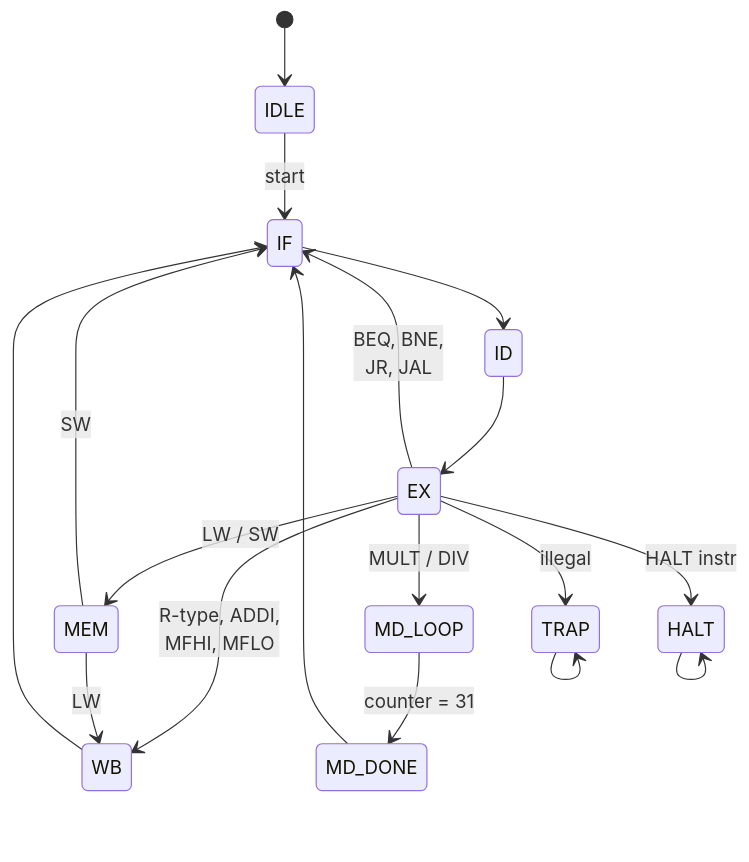
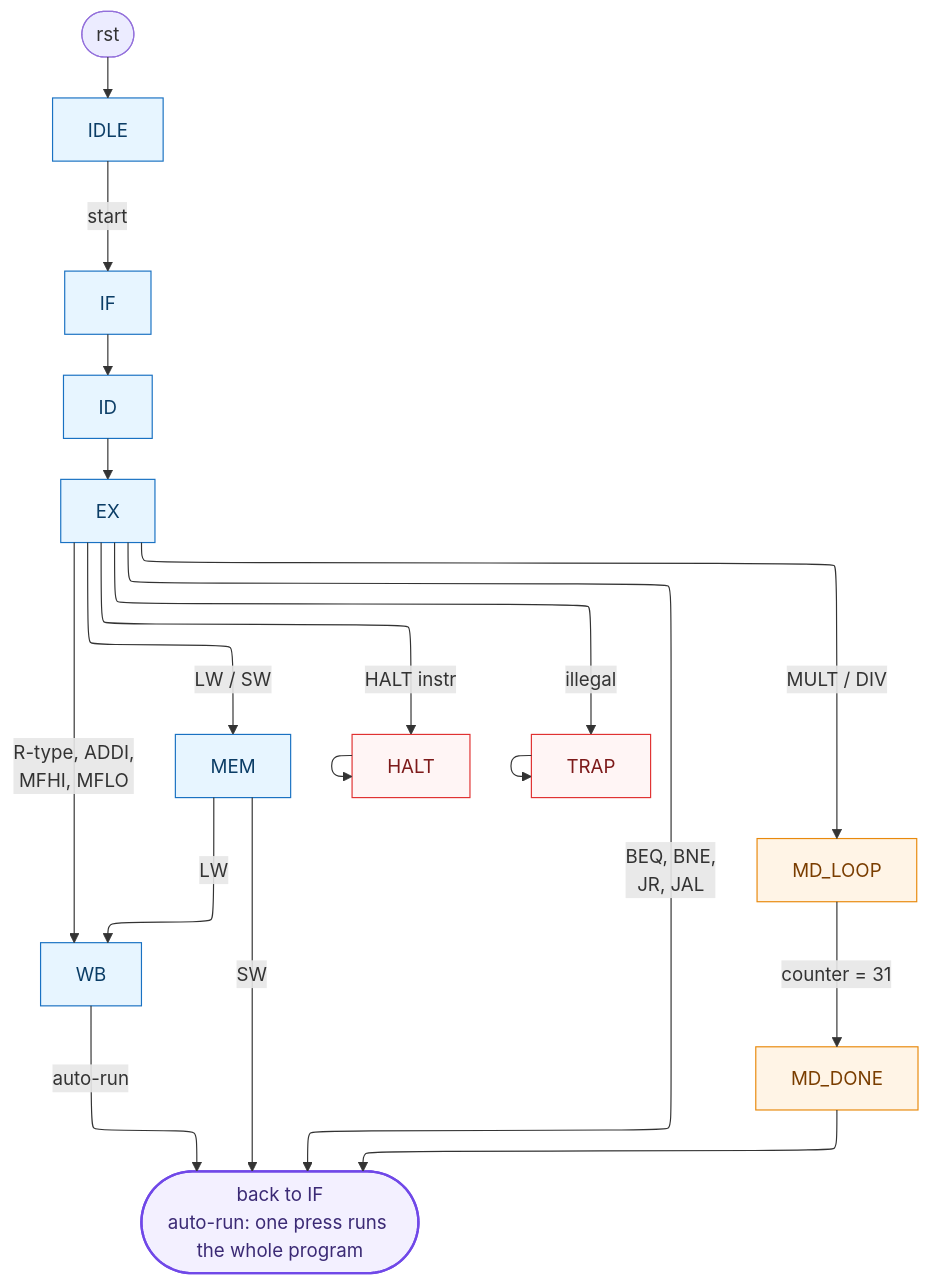
One commit to AtikRahat/mips-multi-cycle-cpu changed the sixth of 11 diagrams in ARCHITECTURE.md. Above: the diagram before and after it, drawn with Mermaid. The commit also changed other lines of this file and 24 other files, not shown here.

````diff
--- a/ARCHITECTURE.md
+++ b/ARCHITECTURE.md
@@ -394,26 +410,39 @@
 ```mermaid
-stateDiagram-v2
-    direction TB
+%%{init: {"flowchart": {"defaultRenderer": "elk"}} }%%
+flowchart TB
+    RST(["rst"]) --> IDLE
 
-    [*] --> IDLE
-    IDLE --> IF : start
+    IDLE["IDLE"] -->|start| IF["IF"]
     IF --> ID
     ID --> EX
 
-    EX --> TRAP : illegal
-    EX --> HALT : HALT instr
-    EX --> MD_LOOP : MULT / DIV
-    EX --> MEM : LW / SW
-    EX --> WB : R-type, ADDI,<br/>MFHI, MFLO
-    EX --> IF : BEQ, BNE,<br/>JR, JAL
+    EX -->|"R-type, ADDI,<br/>MFHI, MFLO"| WB["WB"]
+    EX -->|"LW / SW"| MEM["MEM"]
+    EX -->|"MULT / DIV"| MD_LOOP["MD_LOOP"]
+    EX -->|"BEQ, BNE,<br/>JR, JAL"| NEXT
+    EX -->|"HALT instr"| HALT["HALT"]
+    EX -->|illegal| TRAP["TRAP"]
 
-    MEM --> WB : LW
-    MEM --> IF : SW
-    WB --> IF
+    MEM -->|LW| WB
+    MEM -->|SW| NEXT
 
-    MD_LOOP --> MD_DONE : counter = 31
-    MD_DONE --> IF
+    MD_LOOP -->|"counter = 31"| MD_DONE["MD_DONE"]
+    MD_DONE --> NEXT
+
+    WB -->|auto-run| NEXT
+
+    NEXT(["back to IF<br/>auto-run: one press runs the whole program"])
 
     TRAP --> TRAP
     HALT --> HALT
+
+    classDef pipe fill:#e7f5ff,stroke:#1971c2,color:#0b3d66
+    classDef md fill:#fff4e6,stroke:#e8890c,color:#7a3d00
+    classDef abs fill:#fff5f5,stroke:#e03131,color:#7d1a1a
+    classDef hub fill:#f3f0ff,stroke:#7048e8,color:#3b2a75,stroke-width:2px
+
+    class IDLE,IF,ID,EX,MEM,WB pipe
+    class MD_LOOP,MD_DONE md
+    class TRAP,HALT abs
+    class NEXT hub
 ```
````
